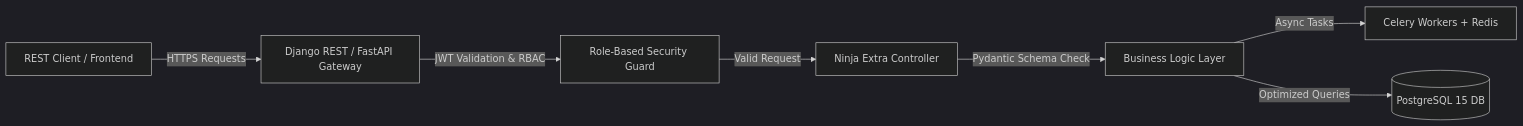
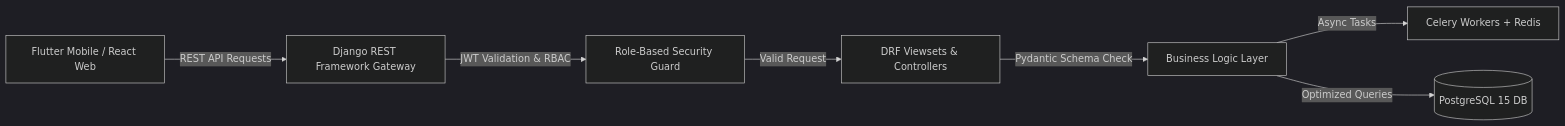
The second of 3 diagrams in README.md (sridhar8910/sridhar8910), drawn with Mermaid (dark theme) before and after one commit. The commit also changed other lines of this file and 2 other files, not shown here.

Commit message:
fix: update tech stack specs - Flutter/Dart for NeevPath & SoulSupport, React for VerifiHireAI, Python/Django REST Framework for all backends

````diff
--- a/README.md
+++ b/README.md
@@ -90,9 +79,9 @@
 ```mermaid
 flowchart LR
-    Client[REST Client / Frontend] -->|HTTPS Requests| Gateway[Django REST / FastAPI Gateway]
+    Client[Flutter Mobile / React Web] -->|REST API Requests| Gateway[Django REST Framework Gateway]
     Gateway -->|JWT Validation & RBAC| Auth[Role-Based Security Guard]
-    Auth -->|Valid Request| Router[Ninja Extra Controller]
+    Auth -->|Valid Request| Router[DRF Viewsets & Controllers]
     Router -->|Pydantic Schema Check| Service[Business Logic Layer]
     Service -->|Async Tasks| Celery[Celery Workers + Redis]
     Service -->|Optimized Queries| DB[(PostgreSQL 15 DB)]
 ```
````
